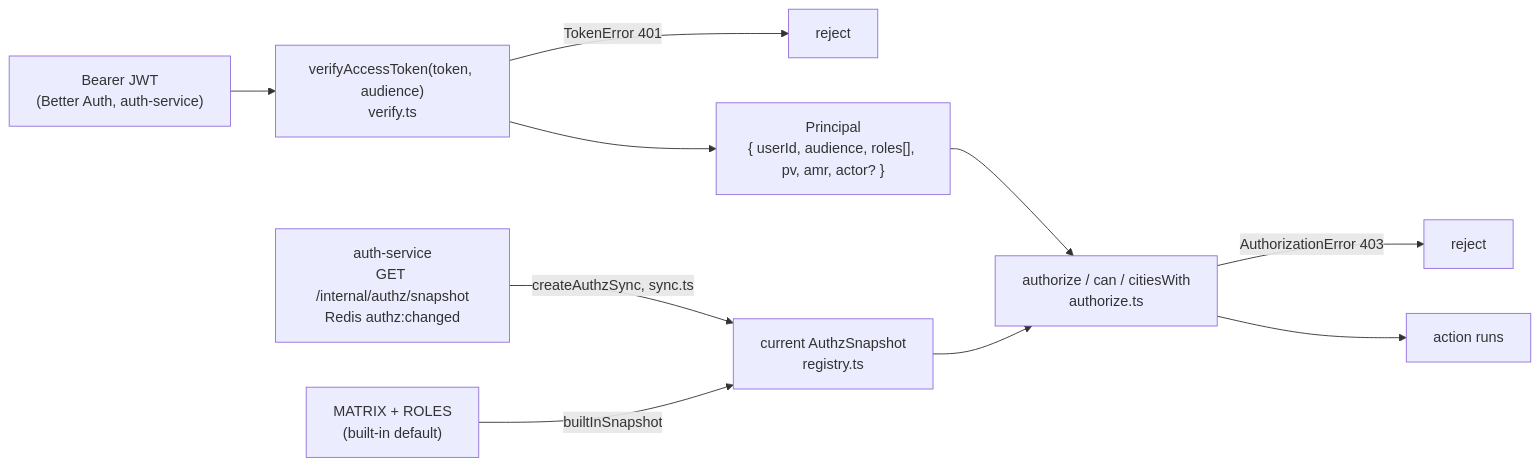
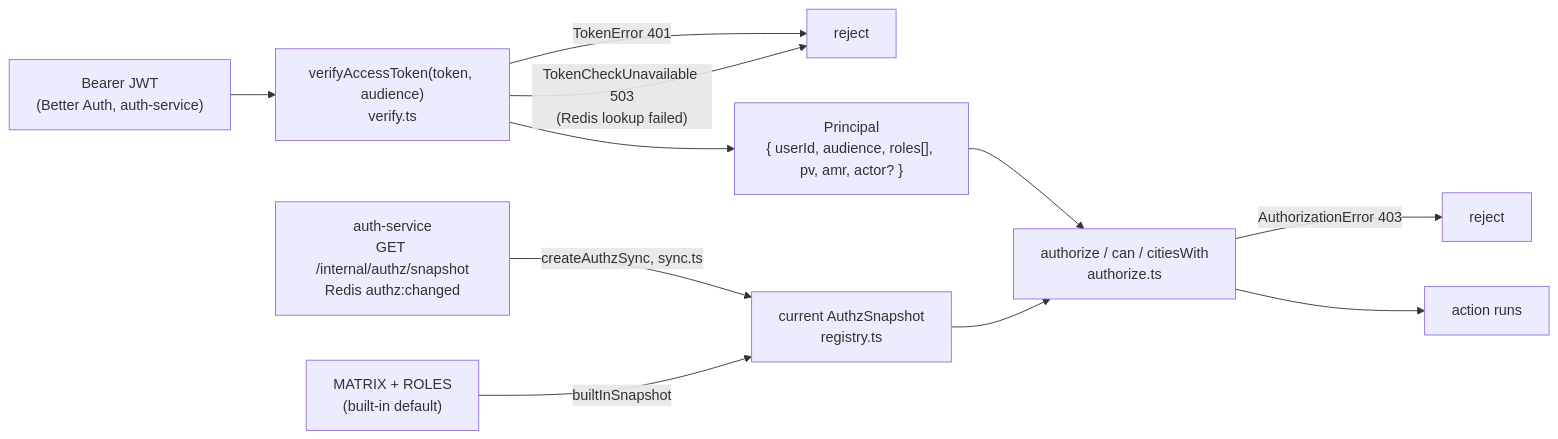
One commit to beab1212/Anbessa changed the diagram in libs/shared-authz/docs/README.md. Above: the diagram before and after it, drawn with Mermaid. The commit also changed other lines of this file and 82 other files, not shown here.

````diff
--- a/libs/shared-authz/docs/README.md
+++ b/libs/shared-authz/docs/README.md
@@ -17,12 +17,13 @@
 ```mermaid
 flowchart LR
   JWT["Bearer JWT<br/>(Better Auth, auth-service)"] --> V["verifyAccessToken(token, audience)<br/>verify.ts"]
   V -->|TokenError 401| X1[reject]
+  V -->|"TokenCheckUnavailable 503<br/>(Redis lookup failed)"| X1
   V --> P["Principal<br/>{ userId, audience, roles[], pv, amr, actor? }"]
   P --> A["authorize / can / citiesWith<br/>authorize.ts"]
   R["current AuthzSnapshot<br/>registry.ts"] --> A
   A -->|AuthorizationError 403| X2[reject]
   A --> OK[action runs]
   AS["auth-service<br/>GET /internal/authz/snapshot<br/>Redis authz:changed"] -->|createAuthzSync, sync.ts| R
   M["MATRIX + ROLES<br/>(built-in default)"] -->|builtInSnapshot| R
 ```
````
